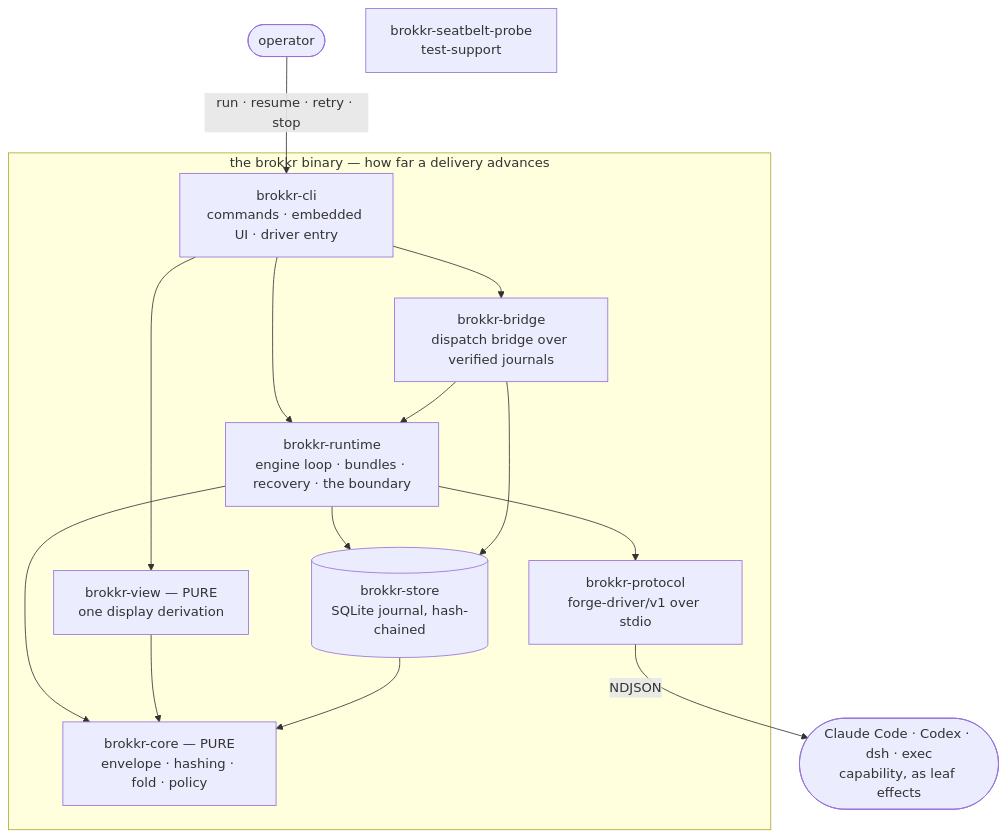
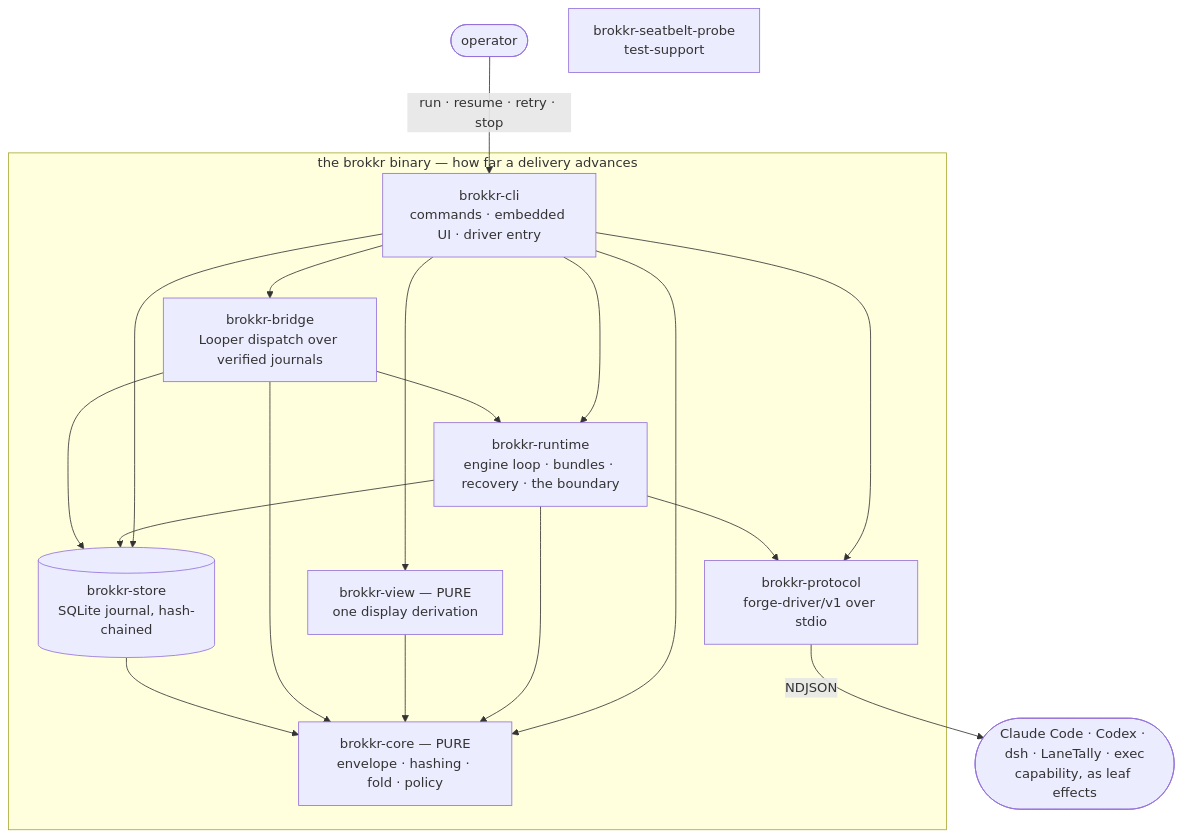
The first of 8 diagrams in ARCHITECTURE.md (feedback-loop-ai/brokkr), drawn with Mermaid before and after one commit. The commit also changed other lines of this file and 11 other files, not shown here.

````diff
--- a/ARCHITECTURE.md
+++ b/ARCHITECTURE.md
@@ -16,20 +23,20 @@
 ```mermaid
 flowchart TB
   operator([operator]) -- "run · resume · retry · stop" --> cli
   subgraph binary["the brokkr binary — how far a delivery advances"]
     cli["brokkr-cli<br/>commands · embedded UI · driver entry"]
     runtime["brokkr-runtime<br/>engine loop · bundles · recovery · the boundary"]
     core["brokkr-core — PURE<br/>envelope · hashing · fold · policy"]
     store[("brokkr-store<br/>SQLite journal, hash-chained")]
     protocol["brokkr-protocol<br/>forge-driver/v1 over stdio"]
     view["brokkr-view — PURE<br/>one display derivation"]
-    bridge["brokkr-bridge<br/>dispatch bridge over verified journals"]
-    cli --> runtime & view & bridge
+    bridge["brokkr-bridge<br/>Looper dispatch over verified journals"]
+    cli --> runtime & view & bridge & core & store & protocol
     runtime --> core & store & protocol
     view --> core
-    bridge --> store & runtime
+    bridge --> core & store & runtime
     store --> core
   end
-  protocol -- "NDJSON" --> harness([Claude Code · Codex · dsh · exec<br/>capability, as leaf effects])
+  protocol -- "NDJSON" --> harness([Claude Code · Codex · dsh · LaneTally · exec<br/>capability, as leaf effects])
   seatbelt-probe["brokkr-seatbelt-probe<br/>test-support"]
 ```
````
